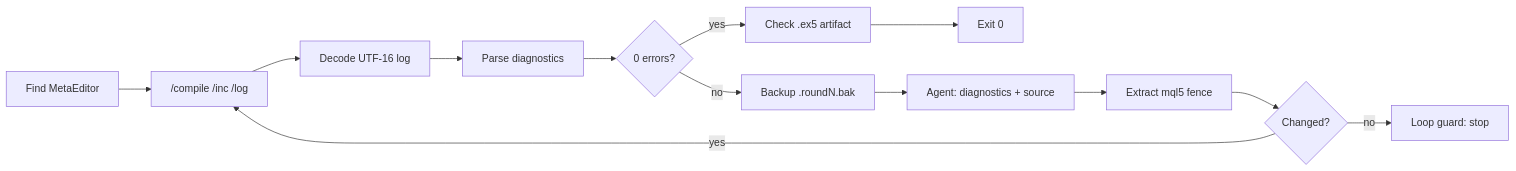
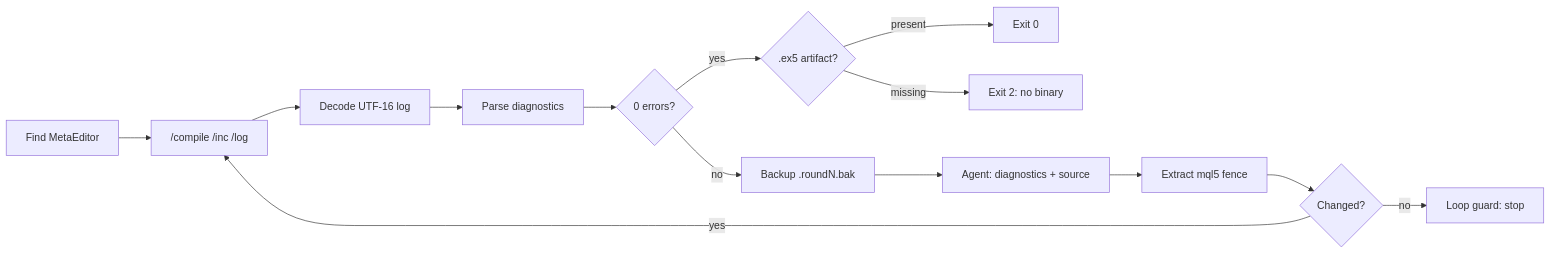
Before and after one commit to mafimehdi/OpenJarvis: the diagram in docs/tutorials/mql-companion.md, drawn with Mermaid. The commit also changed other lines of this file and 5 other files, not shown here.

````diff
--- a/docs/tutorials/mql-companion.md
+++ b/docs/tutorials/mql-companion.md
@@ -84,15 +84,16 @@
 ```mermaid
 flowchart LR
     A[Find MetaEditor] --> B["/compile /inc /log"]
     B --> C[Decode UTF-16 log]
     C --> D[Parse diagnostics]
     D --> E{0 errors?}
-    E -->|yes| F[Check .ex5 artifact]
-    F --> G[Exit 0]
+    E -->|yes| F{.ex5 artifact?}
+    F -->|present| G[Exit 0]
+    F -->|missing| M[Exit 2: no binary]
     E -->|no| H[Backup .roundN.bak]
     H --> I[Agent: diagnostics + source]
     I --> J[Extract mql5 fence]
     J --> K{Changed?}
     K -->|no| L[Loop guard: stop]
     K -->|yes| B
 ```
````
